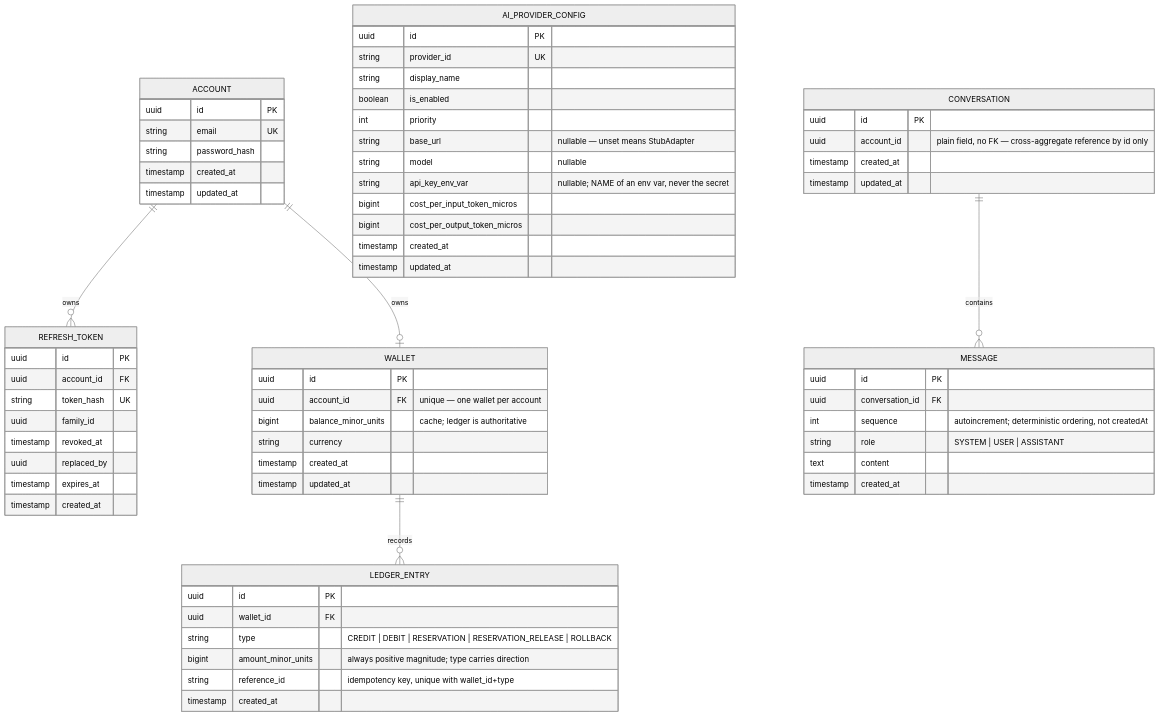
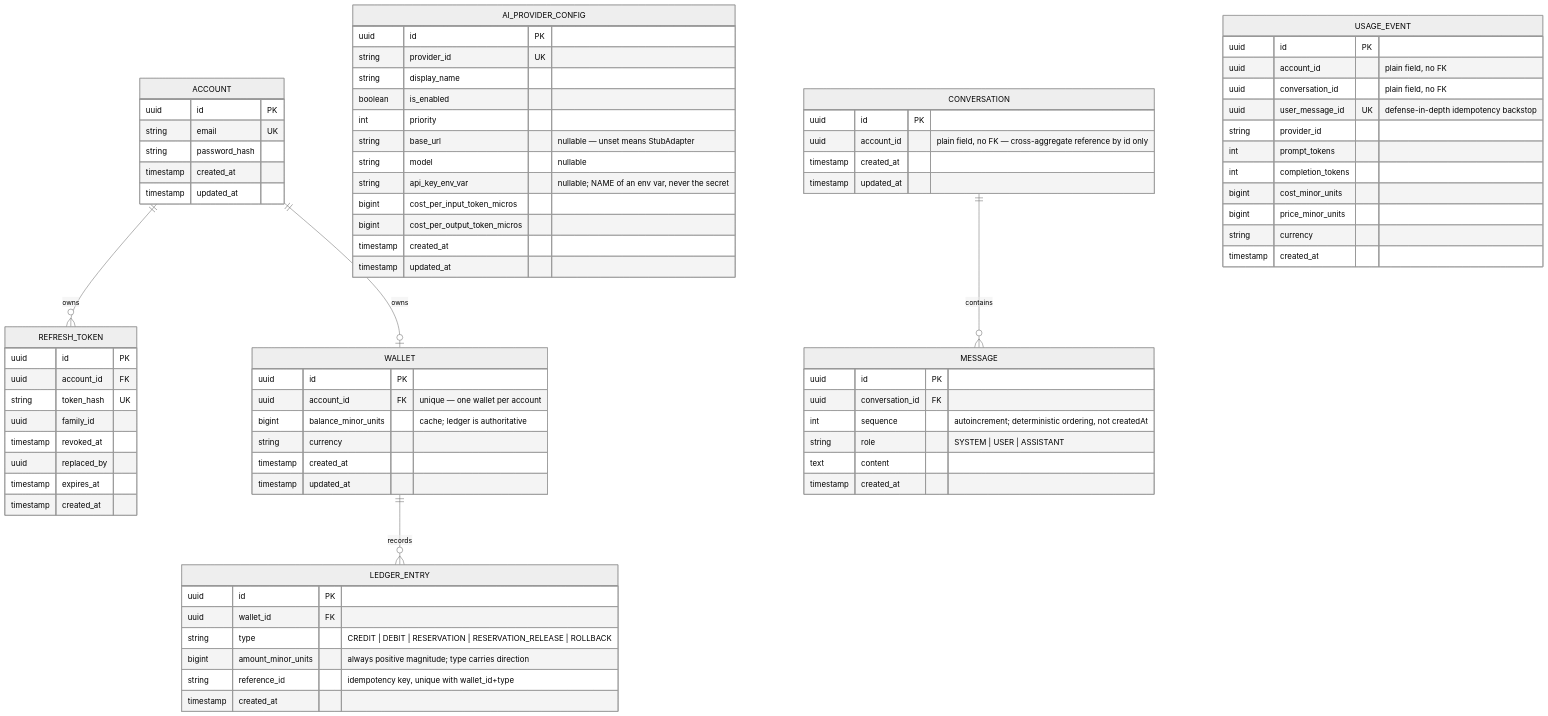
One commit to amirhaslany-ai/AIFA changed the diagram in Platform/docs/architecture/database-standards.md. Above: the diagram before and after it, drawn with Mermaid (neutral theme). The commit also changed other lines of this file and 21 other files, not shown here.

````diff
--- a/Platform/docs/architecture/database-standards.md
+++ b/Platform/docs/architecture/database-standards.md
@@ -7,69 +7,82 @@
 ```mermaid
 erDiagram
-    %% --- Implemented (Sprint 1: Identity, Provider Access, Wallet, Conversation) ---
+    %% --- Implemented (Sprint 1: Identity, Provider Access, Wallet, Conversation, Usage Tracking) ---
     ACCOUNT {
         uuid id PK
         string email UK
         string password_hash
         timestamp created_at
         timestamp updated_at
     }
     REFRESH_TOKEN {
         uuid id PK
         uuid account_id FK
         string token_hash UK
         uuid family_id
         timestamp revoked_at
         uuid replaced_by
         timestamp expires_at
         timestamp created_at
     }
     AI_PROVIDER_CONFIG {
         uuid id PK
         string provider_id UK
         string display_name
         boolean is_enabled
         int priority
         string base_url "nullable — unset means StubAdapter"
         string model "nullable"
         string api_key_env_var "nullable; NAME of an env var, never the secret"
         bigint cost_per_input_token_micros
         bigint cost_per_output_token_micros
         timestamp created_at
         timestamp updated_at
     }
     WALLET {
         uuid id PK
         uuid account_id FK "unique — one wallet per account"
         bigint balance_minor_units "cache; ledger is authoritative"
         string currency
         timestamp created_at
         timestamp updated_at
     }
     LEDGER_ENTRY {
         uuid id PK
         uuid wallet_id FK
         string type "CREDIT | DEBIT | RESERVATION | RESERVATION_RELEASE | ROLLBACK"
         bigint amount_minor_units "always positive magnitude; type carries direction"
         string reference_id "idempotency key, unique with wallet_id+type"
         timestamp created_at
     }
     CONVERSATION {
         uuid id PK
         uuid account_id "plain field, no FK — cross-aggregate reference by id only"
         timestamp created_at
         timestamp updated_at
     }
     MESSAGE {
         uuid id PK
         uuid conversation_id FK
         int sequence "autoincrement; deterministic ordering, not createdAt"
         string role "SYSTEM | USER | ASSISTANT"
         text content
         timestamp created_at
     }
+    USAGE_EVENT {
+        uuid id PK
+        uuid account_id "plain field, no FK"
+        uuid conversation_id "plain field, no FK"
+        uuid user_message_id UK "defense-in-depth idempotency backstop"
+        string provider_id
+        int prompt_tokens
+        int completion_tokens
+        bigint cost_minor_units
+        bigint price_minor_units
+        string currency
+        timestamp created_at
+    }
     ACCOUNT ||--o{ REFRESH_TOKEN : "owns"
     ACCOUNT ||--o| WALLET : "owns"
     WALLET ||--o{ LEDGER_ENTRY : "records"
     CONVERSATION ||--o{ MESSAGE : "contains"
 ```
````
